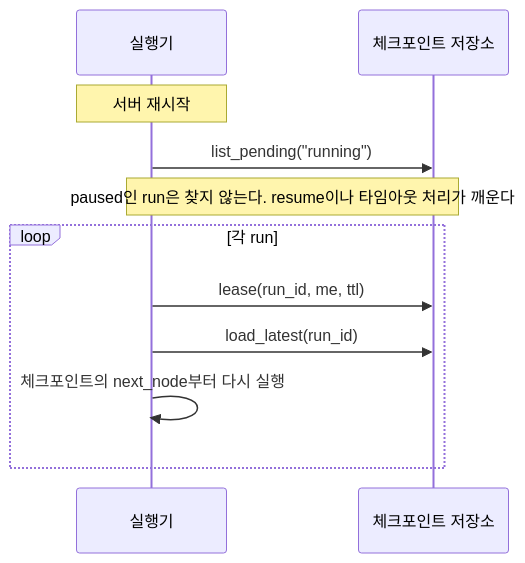
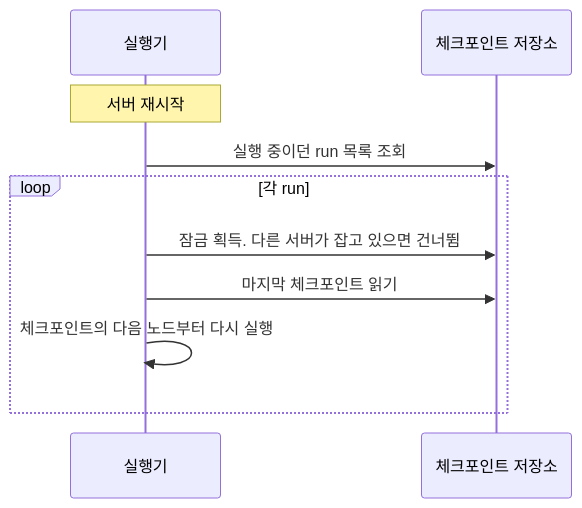
Before and after one commit to iwindfree/ai-agent-framework-architecture: the third of 3 diagrams in 00.architecture.md, drawn with Mermaid. The commit also changed other lines of this file and 1 other file, not shown here.

First line of the commit message:
Rewrite architecture document from framework builder's view (ch.0-2)

````diff
--- a/00.architecture.md
+++ b/00.architecture.md
@@ -549,13 +232,12 @@
 ```mermaid
 sequenceDiagram
     participant X as 실행기
     participant S as 체크포인트 저장소
     Note over X: 서버 재시작
-    X->>S: list_pending("running")
-    Note over X,S: paused인 run은 찾지 않는다. resume이나 타임아웃 처리가 깨운다
+    X->>S: 실행 중이던 run 목록 조회
     loop 각 run
-        X->>S: lease(run_id, me, ttl)
-        X->>S: load_latest(run_id)
-        X->>X: 체크포인트의 next_node부터 다시 실행
+        X->>S: 잠금 획득. 다른 서버가 잡고 있으면 건너뜀
+        X->>S: 마지막 체크포인트 읽기
+        X->>X: 체크포인트의 다음 노드부터 다시 실행
     end
 ```
````
